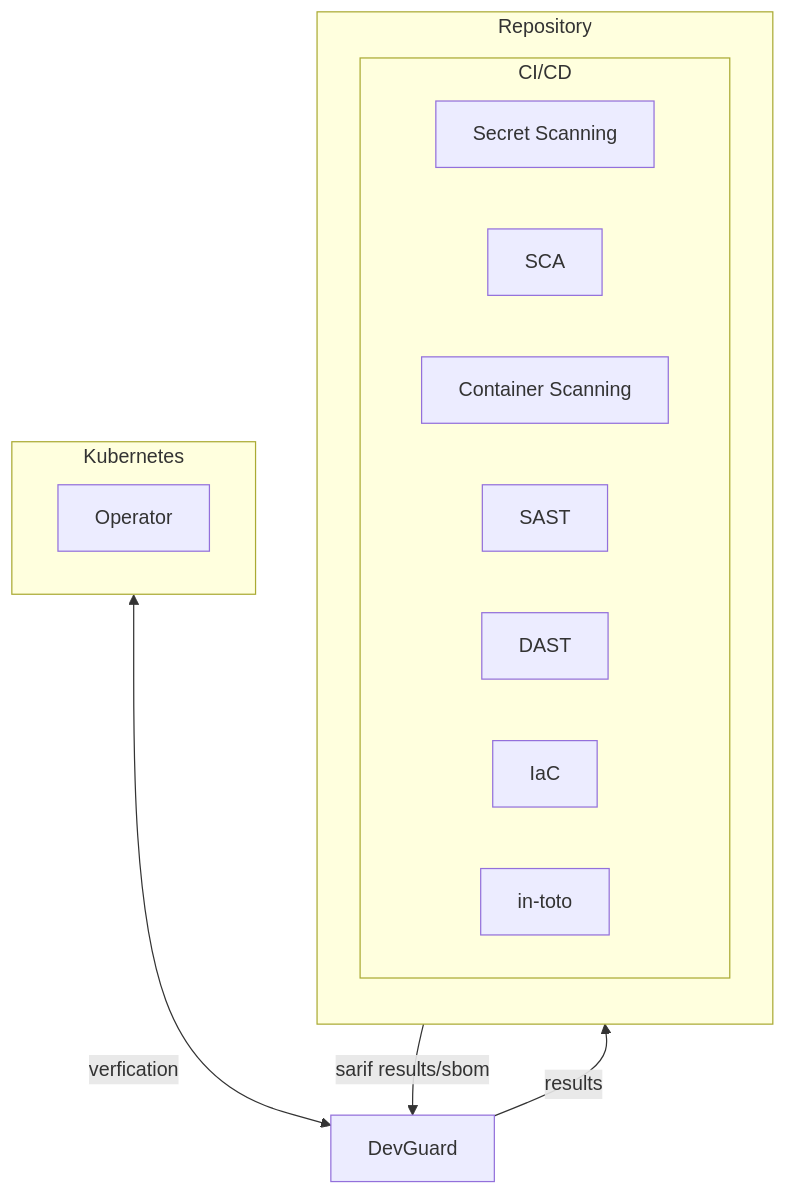
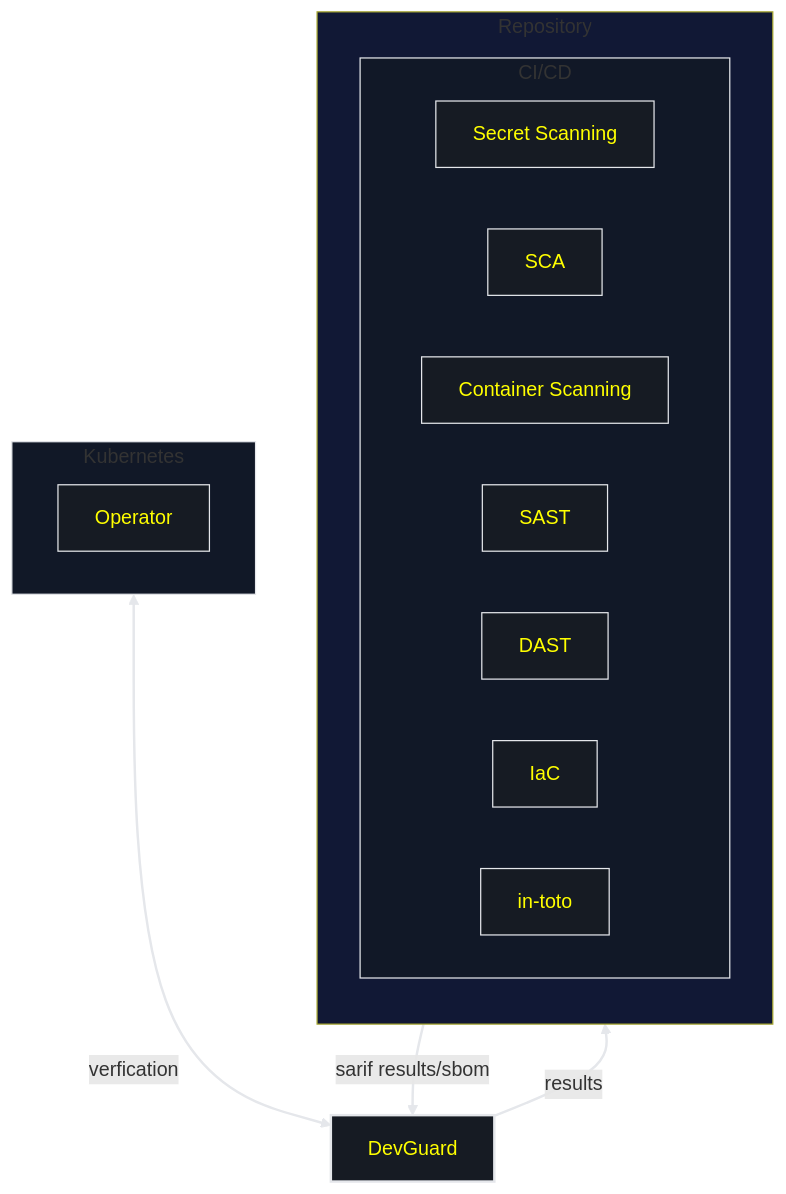
One commit to l3montree-dev/devguard-documentation changed the diagram in src/pages/concepts/arch.mdx. Above: the diagram before and after it, drawn with Mermaid. The commit also changed other lines of this file, not shown here.

Commit message:
add style

````diff
--- a/src/pages/concepts/arch.mdx
+++ b/src/pages/concepts/arch.mdx
@@ -1,38 +6,56 @@
 ```mermaid
 flowchart TB 
 
     subgraph repo[Repository]
         direction TB
         ciCd[CI/CD]
     end
 
-    dev[DevGuard]
+    dev["DevGuard"]
 
     subgraph kube[Kubernetes]
         direction LR
         operator[Operator]
     end
 
 
     subgraph ciCd[CI/CD]
         direction LR
 
         SC[Secret Scanning]
         SCA[SCA]
         CS[Container Scanning]
         SAST[SAST]
         DAST[DAST]
         IaC[IaC]   
         toto[in-toto]  
 
     end
 
     ciCd -- sarif results/sbom --> dev
     dev -- results --> ciCd
 
     kube <-- verfication --> dev
 
 
 
 
+classDef node fill:#161B23,color:yellow,stroke:#e5e7eb;
+classDef subgraphOut fill:#111835;
+classDef subgraphIn fill:#111827,stroke:#e5e7eb;
+
+classDef dev stroke-width:2px;
+
+
+class repo subgraphOut;
+class ciCd subgraphIn;
+class kube subgraphIn;
+
+class dev dev;
+
+linkStyle 0,1,2  stroke:#e5e7eb,stroke-width:2px;
+
+
+
+
 ```
````
